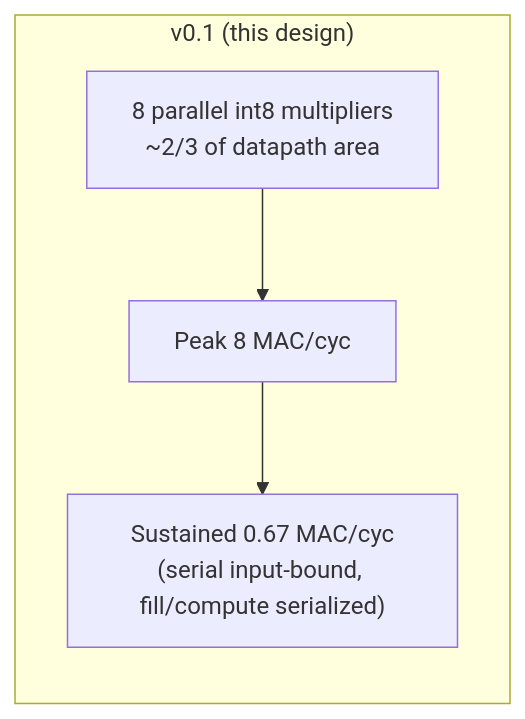
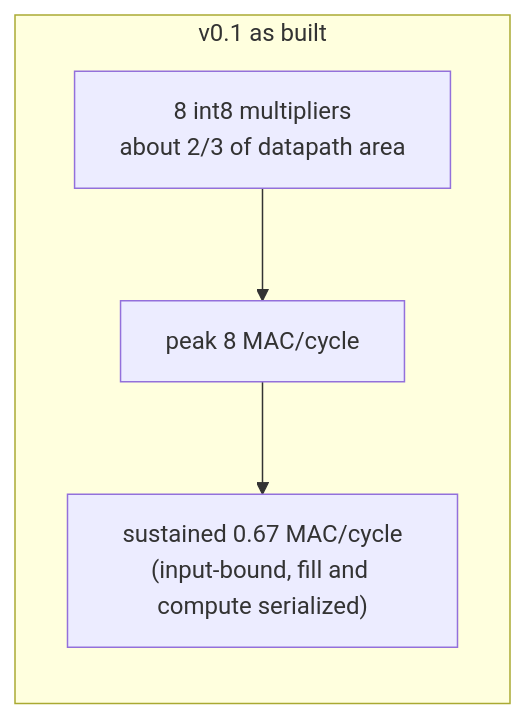
Before and after one commit to ChrChr50/proto-accelerators: the sixth of 6 diagrams in macc8/docs/int8_mac_block_diagram.md, drawn with Mermaid. The commit also changed other lines of this file and 2 other files, not shown here.

````diff
--- a/macc8/docs/int8_mac_block_diagram.md
+++ b/macc8/docs/int8_mac_block_diagram.md
@@ -146,9 +172,9 @@
 ```mermaid
 flowchart LR
-    subgraph V01["v0.1 (this design)"]
-        A1["8 parallel int8 multipliers<br/>~2/3 of datapath area"]
-        A2["Peak 8 MAC/cyc"]
-        A3["Sustained 0.67 MAC/cyc<br/>(serial input-bound, fill/compute serialized)"]
+    subgraph V01["v0.1 as built"]
+        A1["8 int8 multipliers<br/>about 2/3 of datapath area"]
+        A2["peak 8 MAC/cycle"]
+        A3["sustained 0.67 MAC/cycle<br/>(input-bound, fill and compute serialized)"]
         A1 --> A2 --> A3
     end
 ```
````
